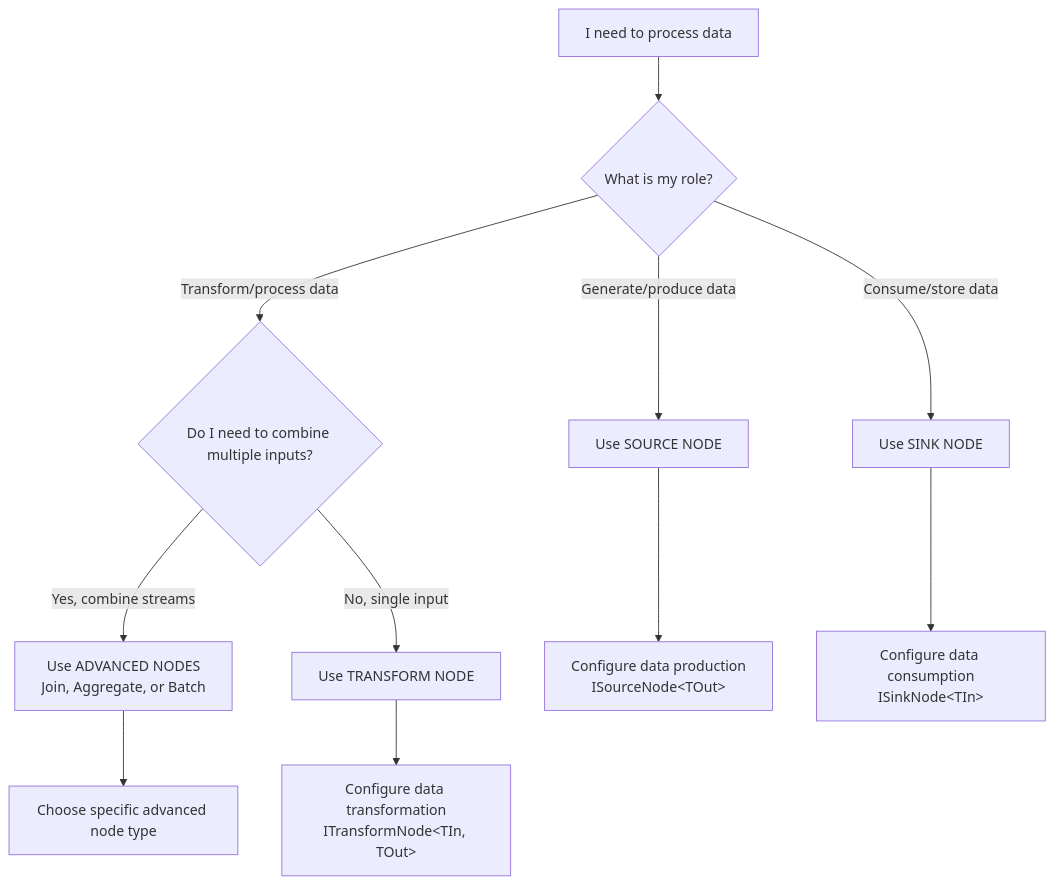
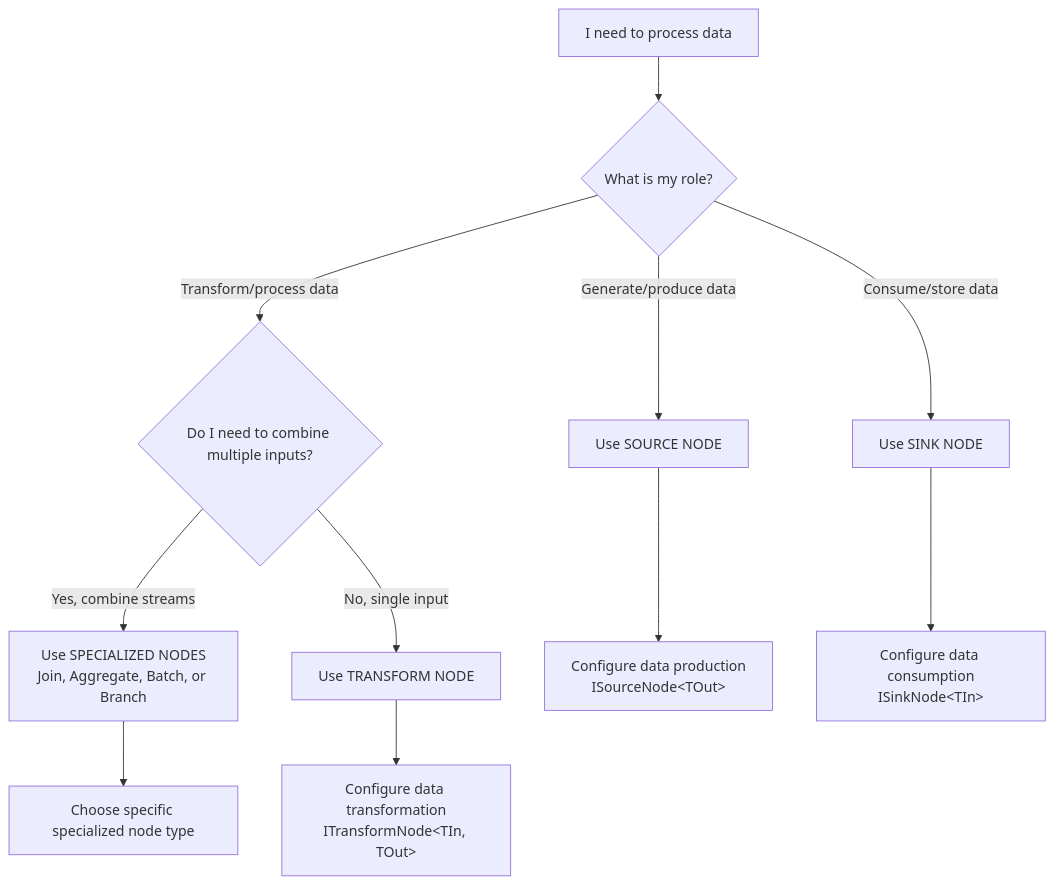
The diagram in docs/core-concepts/nodes/index.md (npipeline/npipeline.dev), drawn with Mermaid before and after one commit. The commit also changed other lines of this file and 15 other files, not shown here.

````diff
--- a/docs/core-concepts/nodes/index.md
+++ b/docs/core-concepts/nodes/index.md
@@ -221,15 +245,15 @@
 ```mermaid
 graph TD
     A[I need to process data] --> B{What is my role?}
     B -->|Generate/produce data| C[Use SOURCE NODE]
     B -->|Transform/process data| D{Do I need to combine multiple inputs?}
     B -->|Consume/store data| E[Use SINK NODE]
     
-    D -->|Yes, combine streams| F[Use ADVANCED NODES<br>Join, Aggregate, or Batch]
+    D -->|Yes, combine streams| F[Use SPECIALIZED NODES<br>Join, Aggregate, Batch, or Branch]
     D -->|No, single input| G[Use TRANSFORM NODE]
     
     C --> H[Configure data production<br>ISourceNode&lt;TOut&gt;]
     G --> I[Configure data transformation<br>ITransformNode&lt;TIn, TOut&gt;]
     E --> J[Configure data consumption<br>ISinkNode&lt;TIn&gt;]
-    F --> K[Choose specific advanced node type]
+    F --> K[Choose specific specialized node type]
 ```
````
